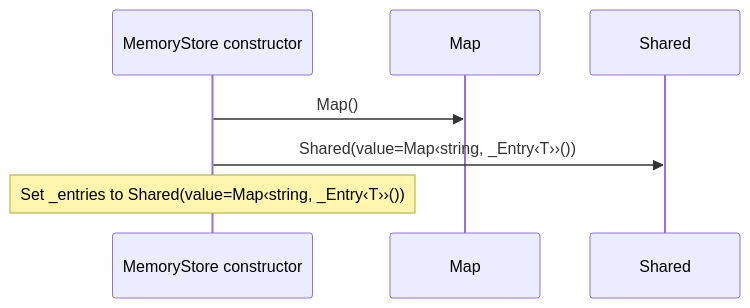
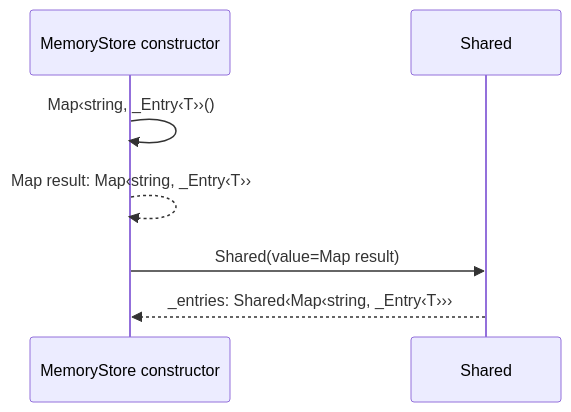
The second of 5 diagrams in docs/examples/oidc-login/dependencies/packages/@git/url_0eb7c89453c87681ed15/0.0.0-git.a39fc582565d4fca40be4f75fa304d71adc69301/store-diagrams.md (GreenPandaStudios/augscript), drawn with Mermaid before and after one commit. The commit also changed other lines of this file and 304 other files, not shown here.

Commit message:
Make generated data-flow sequences concise and review every diagram

````diff
--- a/docs/examples/oidc-login/dependencies/packages/@git/url_0eb7c89453c87681ed15/0.0.0-git.a39fc582565d4fca40be4f75fa304d71adc69301/store-diagrams.md
+++ b/docs/examples/oidc-login/dependencies/packages/@git/url_0eb7c89453c87681ed15/0.0.0-git.a39fc582565d4fca40be4f75fa304d71adc69301/store-diagrams.md
@@ -91,9 +76,9 @@
 ```mermaid
 sequenceDiagram
     participant p0 as MemoryStore constructor
-    participant p1 as Map
-    participant p2 as Shared
-    p0->>p1: Map()
-    p0->>p2: Shared(value=Map‹string, _Entry‹T››())
-    Note over p0: Set _entries to Shared(value=Map‹string, _Entry‹T››())
+    participant p1 as Shared
+    p0->>p0: Map‹string, _Entry‹T››()
+    p0-->>p0: Map result: Map‹string, _Entry‹T››
+    p0->>p1: Shared(value=Map result)
+    p1-->>p0: _entries: Shared‹Map‹string, _Entry‹T›››
 ```
````
